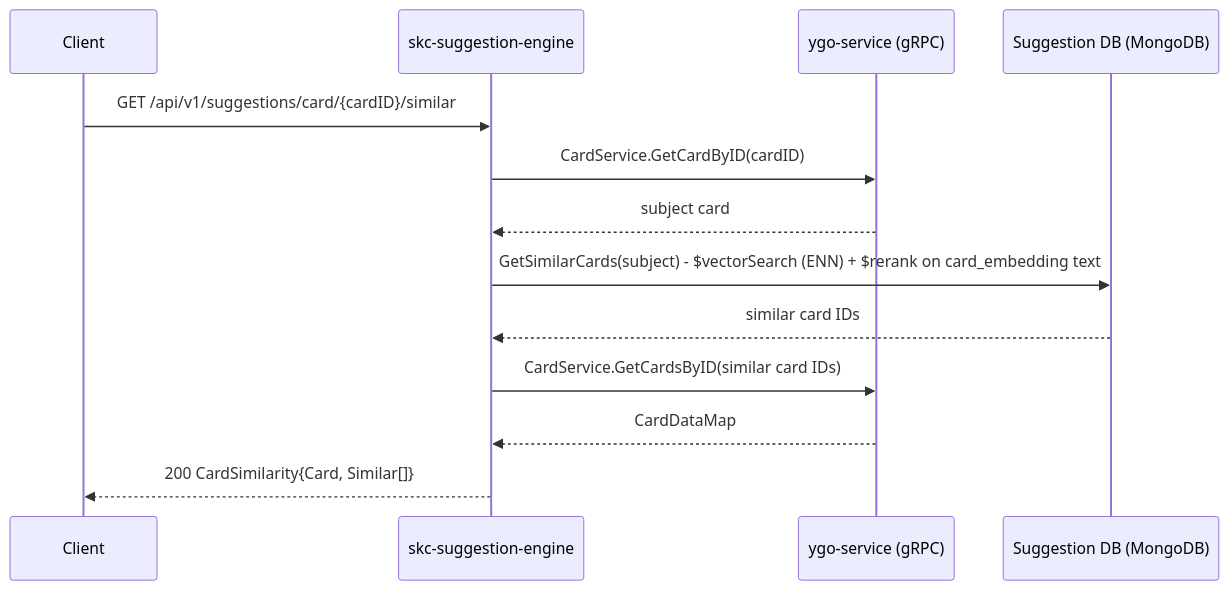
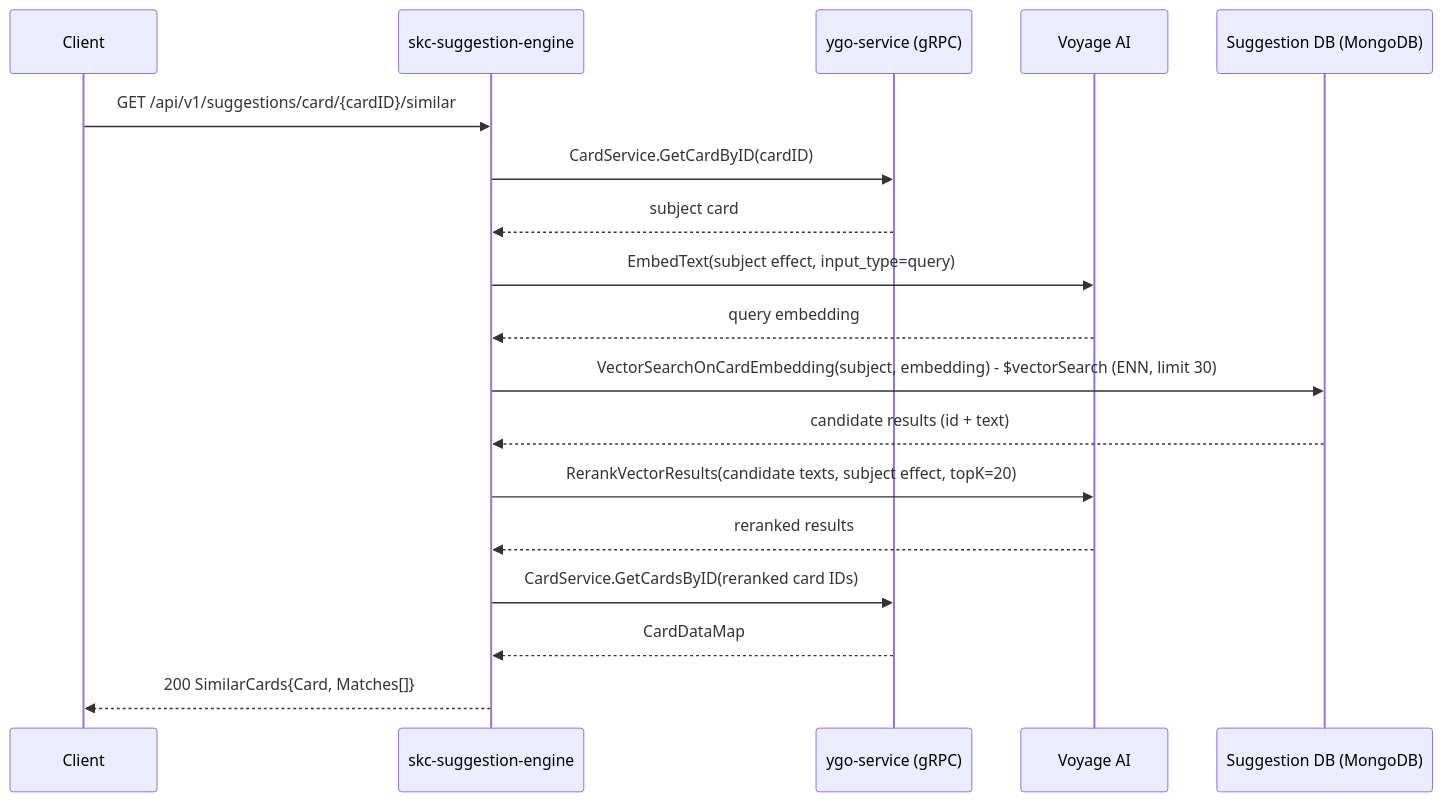
The eighth of 12 diagrams in SYSTEM_DESIGN.md (ygo-skc/skc-suggestion-engine), drawn with Mermaid before and after one commit.

Commit message:
Updated sysdoc

````diff
--- a/SYSTEM_DESIGN.md
+++ b/SYSTEM_DESIGN.md
@@ -151,16 +151,21 @@
 ```mermaid
 sequenceDiagram
     participant Client
     participant API as skc-suggestion-engine
     participant YGO as ygo-service (gRPC)
+    participant Voyage as Voyage AI
     participant DB as Suggestion DB (MongoDB)
 
     Client->>API: GET /api/v1/suggestions/card/{cardID}/similar
     API->>YGO: CardService.GetCardByID(cardID)
     YGO-->>API: subject card
-    API->>DB: GetSimilarCards(subject) - $vectorSearch (ENN) + $rerank on card_embedding text
-    DB-->>API: similar card IDs
-    API->>YGO: CardService.GetCardsByID(similar card IDs)
+    API->>Voyage: EmbedText(subject effect, input_type=query)
+    Voyage-->>API: query embedding
+    API->>DB: VectorSearchOnCardEmbedding(subject, embedding) - $vectorSearch (ENN, limit 30)
+    DB-->>API: candidate results (id + text)
+    API->>Voyage: RerankVectorResults(candidate texts, subject effect, topK=20)
+    Voyage-->>API: reranked results
+    API->>YGO: CardService.GetCardsByID(reranked card IDs)
     YGO-->>API: CardDataMap
-    API-->>Client: 200 CardSimilarity{Card, Similar[]}
+    API-->>Client: 200 SimilarCards{Card, Matches[]}
 ```
````
